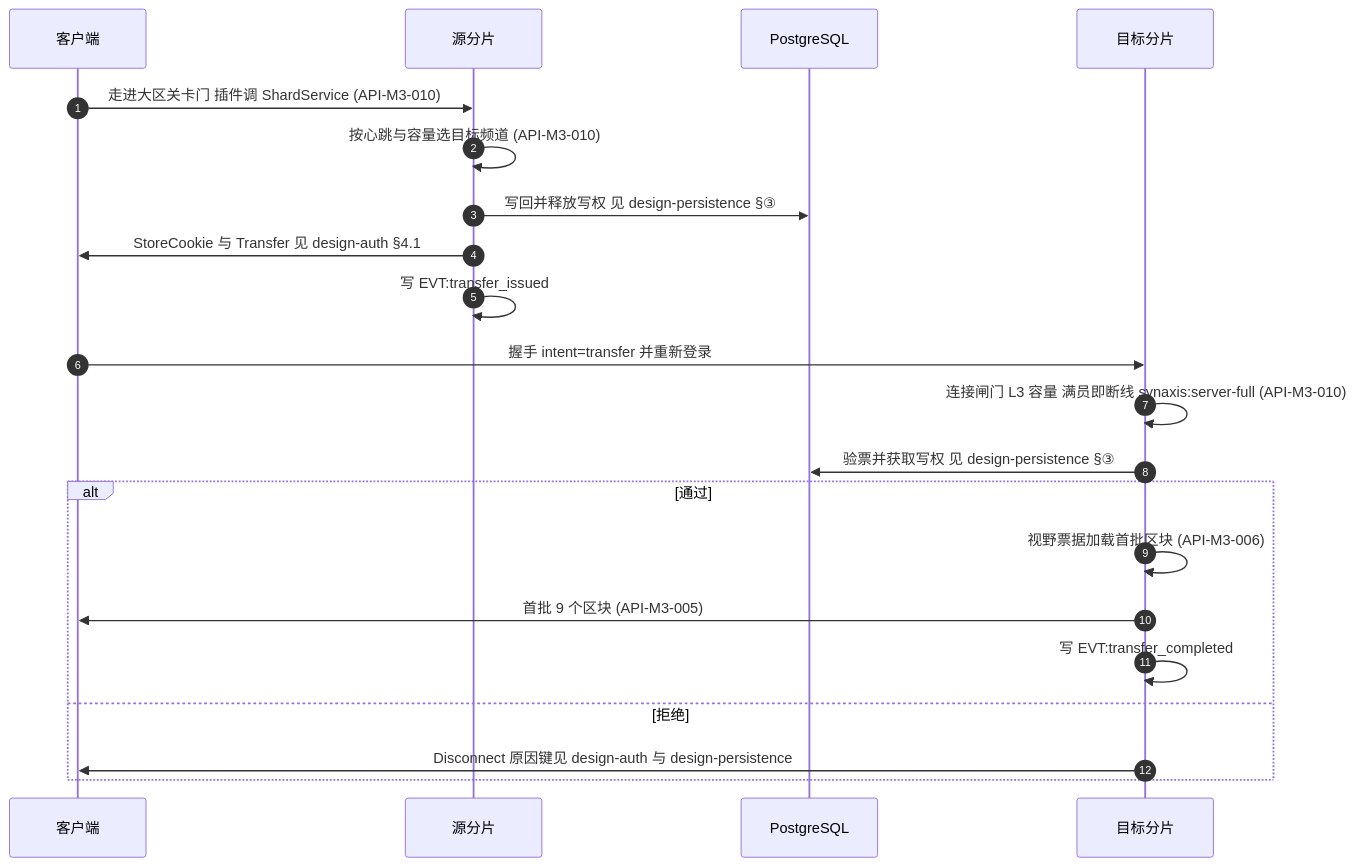
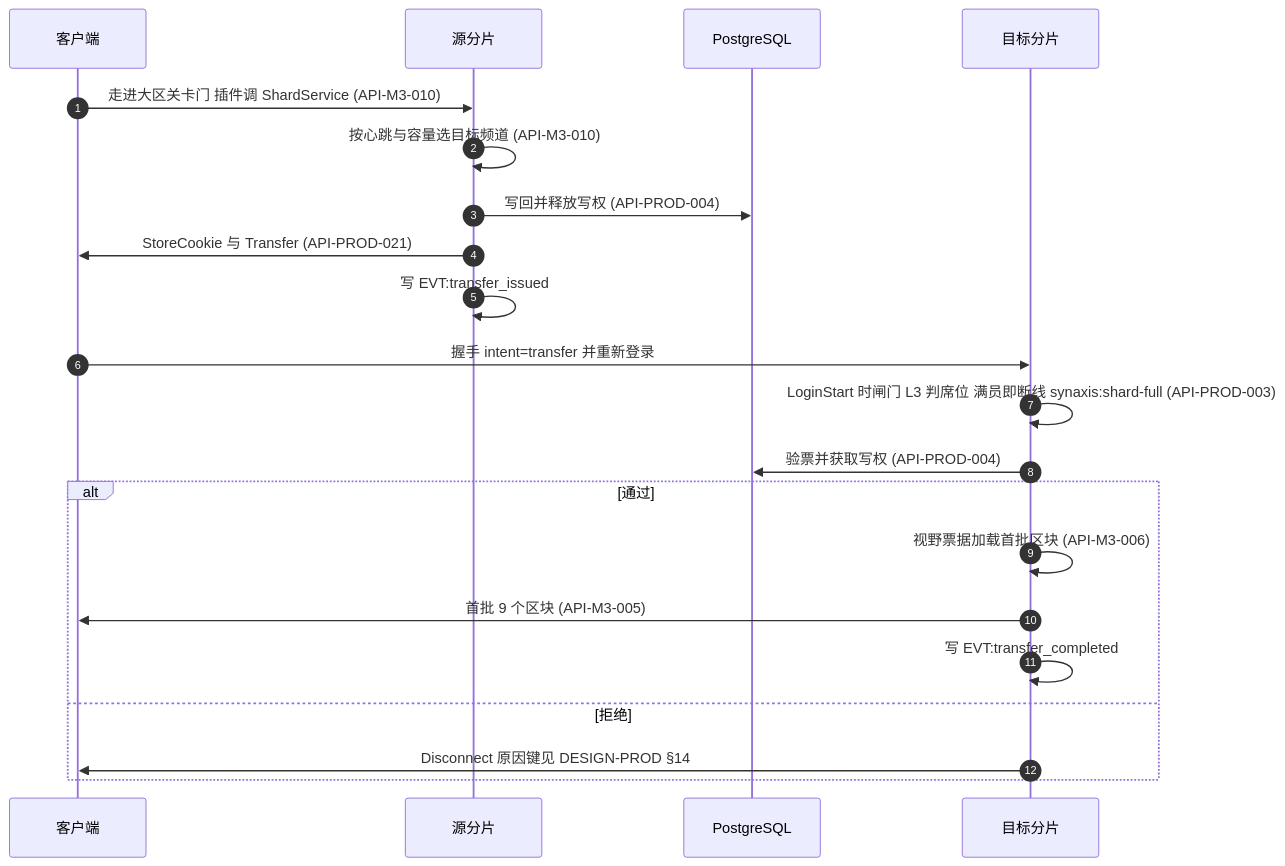
The sixth of 9 diagrams in docs/DESIGN-M3.md (Bearisbug/synaxis), drawn with Mermaid before and after one commit. The commit also changed other lines of this file and 3 other files, not shown here.

First line of the commit message:
docs: align DESIGN-M3 with DESIGN-PROD and register both volumes

````diff
--- a/docs/DESIGN-M3.md
+++ b/docs/DESIGN-M3.md
@@ -680,23 +682,23 @@
 ```mermaid
 sequenceDiagram
   autonumber
   participant C as 客户端
   participant S as 源分片
   participant DB as PostgreSQL
   participant D as 目标分片
   C->>S: 走进大区关卡门 插件调 ShardService (API-M3-010)
   S->>S: 按心跳与容量选目标频道 (API-M3-010)
-  S->>DB: 写回并释放写权 见 design-persistence §③
-  S->>C: StoreCookie 与 Transfer 见 design-auth §4.1
+  S->>DB: 写回并释放写权 (API-PROD-004)
+  S->>C: StoreCookie 与 Transfer (API-PROD-021)
   S->>S: 写 EVT:transfer_issued
   C->>D: 握手 intent=transfer 并重新登录
-  D->>D: 连接闸门 L3 容量 满员即断线 synaxis:server-full (API-M3-010)
-  D->>DB: 验票并获取写权 见 design-persistence §③
+  D->>D: LoginStart 时闸门 L3 判席位 满员即断线 synaxis:shard-full (API-PROD-003)
+  D->>DB: 验票并获取写权 (API-PROD-004)
   alt 通过
     D->>D: 视野票据加载首批区块 (API-M3-006)
     D->>C: 首批 9 个区块 (API-M3-005)
     D->>D: 写 EVT:transfer_completed
   else 拒绝
-    D->>C: Disconnect 原因键见 design-auth 与 design-persistence
+    D->>C: Disconnect 原因键见 DESIGN-PROD §14
   end
 ```
````
